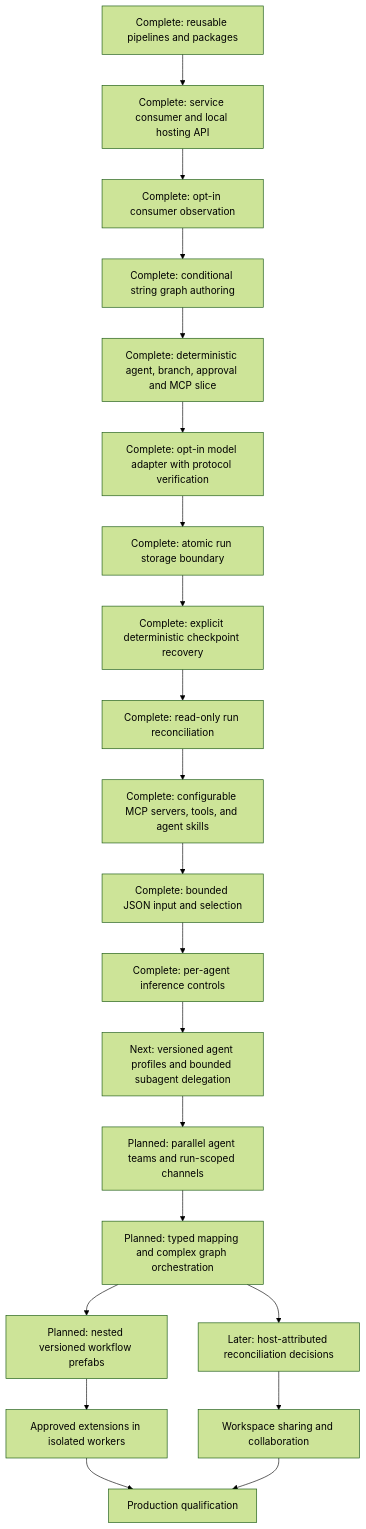
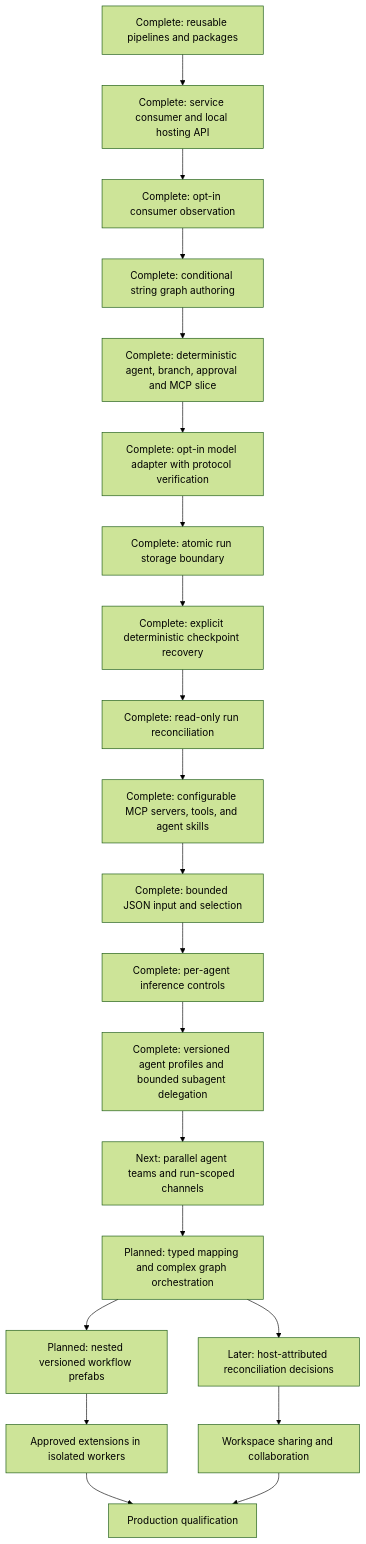
Before and after one commit to gnalvesteffer/visual-agent-workflow: the diagram in docs/roadmap.md, drawn with Mermaid (forest theme). The commit also changed other lines of this file and 34 other files, not shown here.

Commit message:
Add versioned agent profiles and bounded delegation

````diff
--- a/docs/roadmap.md
+++ b/docs/roadmap.md
@@ -82,23 +86,23 @@
 ```mermaid
 flowchart TD
     Reuse["Complete: reusable pipelines and packages"] --> Hosting["Complete: service consumer and local hosting API"]
     Hosting --> Observe["Complete: opt-in consumer observation"]
     Observe --> Graph["Complete: conditional string graph authoring"]
     Graph --> Vertical["Complete: deterministic agent, branch, approval and MCP slice"]
     Vertical --> Models["Complete: opt-in model adapter with protocol verification"]
     Models --> Store["Complete: atomic run storage boundary"]
     Store --> Recovery["Complete: explicit deterministic checkpoint recovery"]
     Recovery --> Assess["Complete: read-only run reconciliation"]
     Assess --> Agents["Complete: configurable MCP servers, tools, and agent skills"]
     Agents --> JsonData["Complete: bounded JSON input and selection"]
     JsonData --> Controls["Complete: per-agent inference controls"]
-    Controls --> Delegation["Next: versioned agent profiles and bounded subagent delegation"]
-    Delegation --> Teams["Planned: parallel agent teams and run-scoped channels"]
+    Controls --> Delegation["Complete: versioned agent profiles and bounded subagent delegation"]
+    Delegation --> Teams["Next: parallel agent teams and run-scoped channels"]
     Teams --> Orchestration["Planned: typed mapping and complex graph orchestration"]
     Orchestration --> Assets["Planned: nested versioned workflow prefabs"]
     Orchestration --> Durable["Later: host-attributed reconciliation decisions"]
     Assets --> Extensions["Approved extensions in isolated workers"]
     Durable --> Collaboration["Workspace sharing and collaboration"]
     Extensions --> Production["Production qualification"]
     Collaboration --> Production
 ```
````
